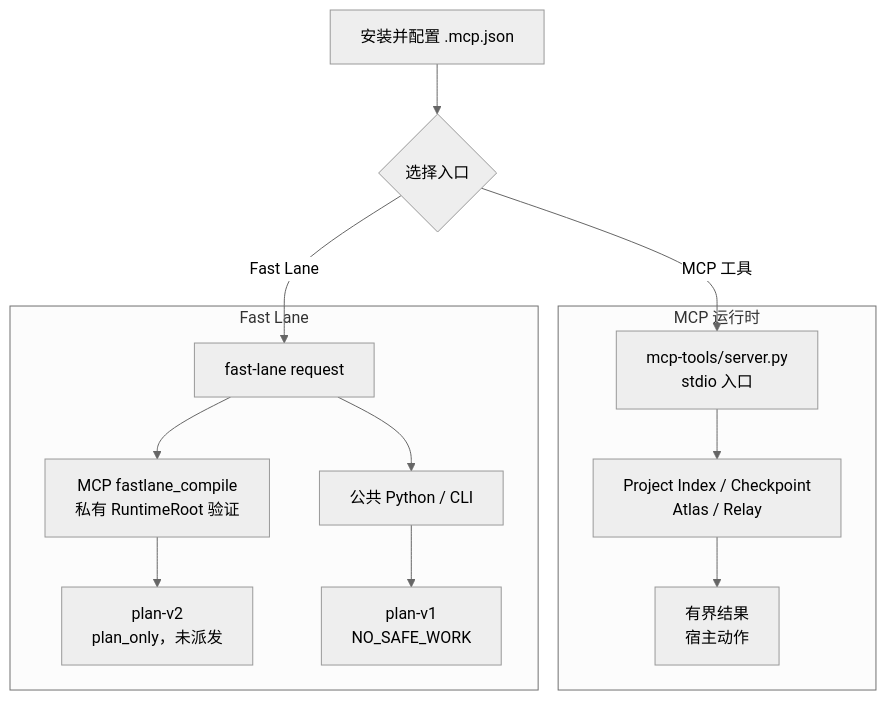
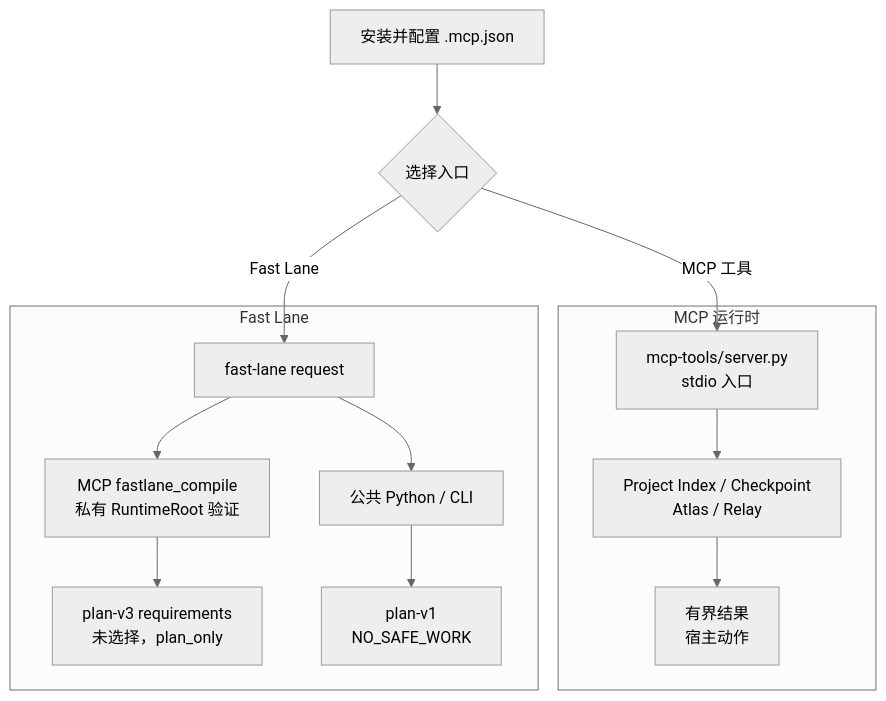
Before and after one commit to 2718labs/2718lab-devkit: the diagram in README.zh-CN.md, drawn with Mermaid (neutral theme). The commit also changed other lines of this file and 13 other files, not shown here.

````diff
--- a/README.zh-CN.md
+++ b/README.zh-CN.md
@@ -77,14 +81,14 @@
 ```mermaid
 flowchart TD
     A["安装并配置 .mcp.json"] --> B{"选择入口"}
     subgraph MCP["MCP 运行时"]
         C["mcp-tools/server.py<br/>stdio 入口"] --> D["Project Index / Checkpoint<br/>Atlas / Relay"] --> E["有界结果<br/>宿主动作"]
     end
     subgraph FAST["Fast Lane"]
         F["fast-lane request"] --> G["MCP fastlane_compile<br/>私有 RuntimeRoot 验证"]
-        G --> X["plan-v2<br/>plan_only，未派发"]
+        G --> X["plan-v3 requirements<br/>未选择，plan_only"]
         F --> H["公共 Python / CLI"] --> I["plan-v1<br/>NO_SAFE_WORK"]
     end
     B -->|MCP 工具| C
     B -->|Fast Lane| F
 ```
````
